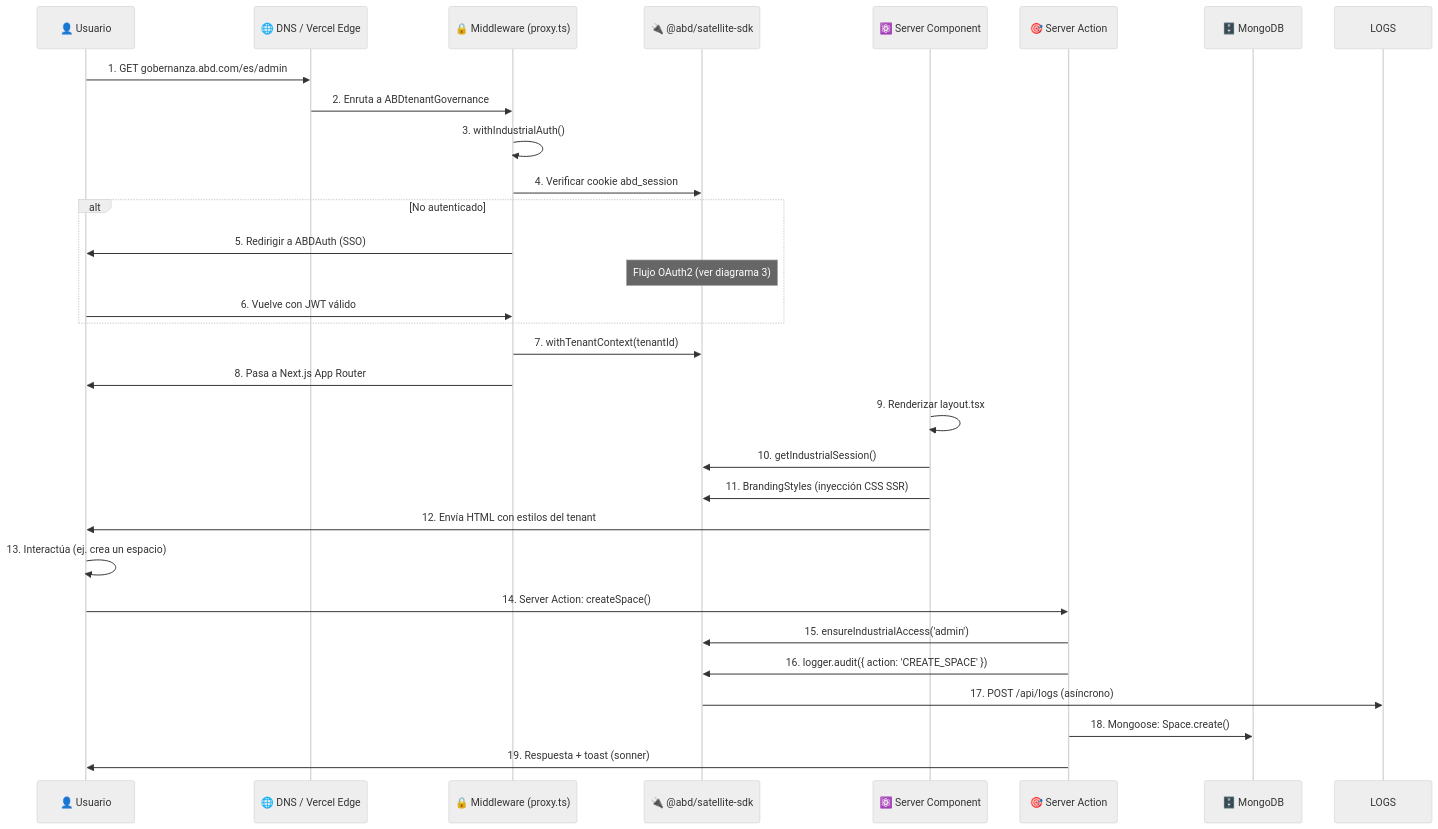
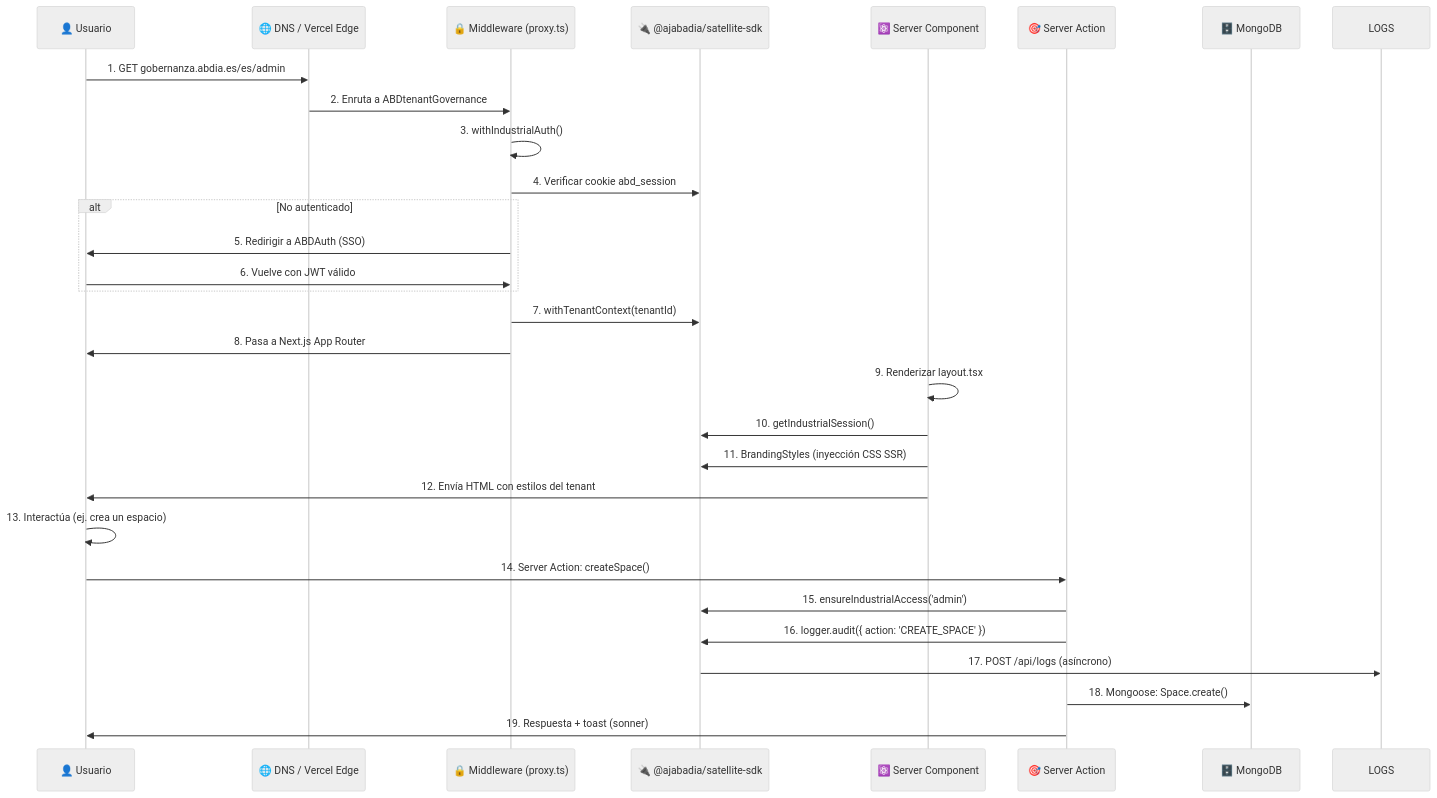
Before and after one commit to ajabadia/ABDSuite: the seventh of 8 diagrams in ARCHITECTURE.md, drawn with Mermaid (neutral theme). The commit also changed other lines of this file and 8 other files, not shown here.

````diff
--- a/ARCHITECTURE.md
+++ b/ARCHITECTURE.md
@@ -421,38 +437,37 @@
 ```mermaid
 sequenceDiagram
     participant User as 👤 Usuario
     participant DNS as 🌐 DNS / Vercel Edge
     participant MW as 🔒 Middleware (proxy.ts)
-    participant SDK as 🔌 @abd/satellite-sdk
+    participant SDK as 🔌 @ajabadia/satellite-sdk
     participant RSC as ⚛️ Server Component
     participant SA as 🎯 Server Action
     participant DB as 🗄️ MongoDB
 
-    User->>DNS: 1. GET gobernanza.abd.com/es/admin
+    User->>DNS: 1. GET gobernanza.abdia.es/es/admin
     DNS->>MW: 2. Enruta a ABDtenantGovernance
 
     MW->>MW: 3. withIndustrialAuth()
     MW->>SDK: 4. Verificar cookie abd_session
     alt No autenticado
         MW->>User: 5. Redirigir a ABDAuth (SSO)
-        Note over SDK: Flujo OAuth2 (ver diagrama 3)
         User->>MW: 6. Vuelve con JWT válido
     end
 
     MW->>SDK: 7. withTenantContext(tenantId)
     MW->>User: 8. Pasa a Next.js App Router
 
     RSC->>RSC: 9. Renderizar layout.tsx
     RSC->>SDK: 10. getIndustrialSession()
     RSC->>SDK: 11. BrandingStyles (inyección CSS SSR)
     RSC->>User: 12. Envía HTML con estilos del tenant
 
     User->>User: 13. Interactúa (ej. crea un espacio)
     User->>SA: 14. Server Action: createSpace()
 
     SA->>SDK: 15. ensureIndustrialAccess('admin')
     SA->>SDK: 16. logger.audit({ action: 'CREATE_SPACE' })
     SDK->>LOGS: 17. POST /api/logs (asíncrono)
     SA->>DB: 18. Mongoose: Space.create()
     SA->>User: 19. Respuesta + toast (sonner)
 ```
````
